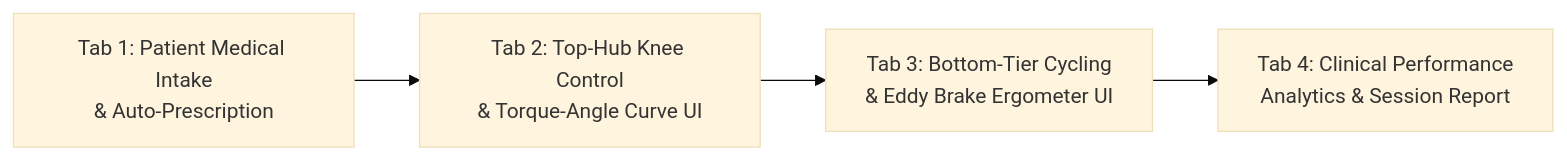
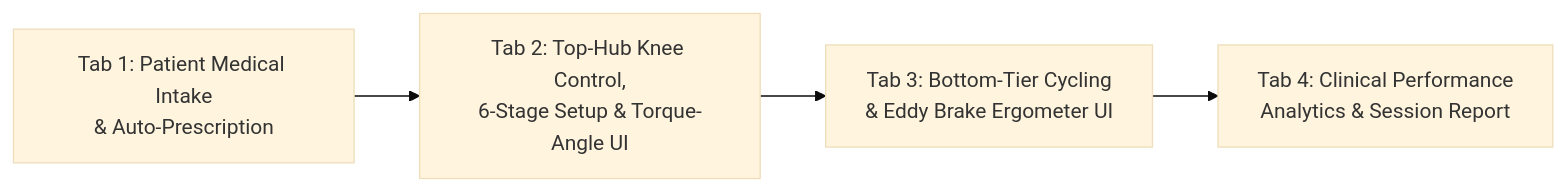
Before and after one commit to Kanishk-Goel-19/DP_DULLA: the third of 3 diagrams in README_INTEGRATED_SYSTEM_AND_WEB_APP.md, drawn with Mermaid (base theme). The commit also changed other lines of this file and 27 other files, not shown here.

````diff
--- a/README_INTEGRATED_SYSTEM_AND_WEB_APP.md
+++ b/README_INTEGRATED_SYSTEM_AND_WEB_APP.md
@@ -237,6 +261,6 @@
 ```mermaid
 flowchart LR
-    TAB1["Tab 1: Patient Medical Intake\n& Auto-Prescription"] --> TAB2["Tab 2: Top-Hub Knee Control\n& Torque-Angle Curve UI"]
+    TAB1["Tab 1: Patient Medical Intake\n& Auto-Prescription"] --> TAB2["Tab 2: Top-Hub Knee Control,\n6-Stage Setup & Torque-Angle UI"]
     TAB2 --> TAB3["Tab 3: Bottom-Tier Cycling\n& Eddy Brake Ergometer UI"]
     TAB3 --> TAB4["Tab 4: Clinical Performance\nAnalytics & Session Report"]
 ```
````
